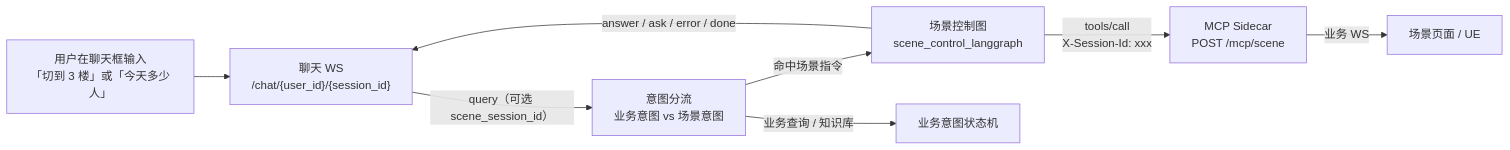
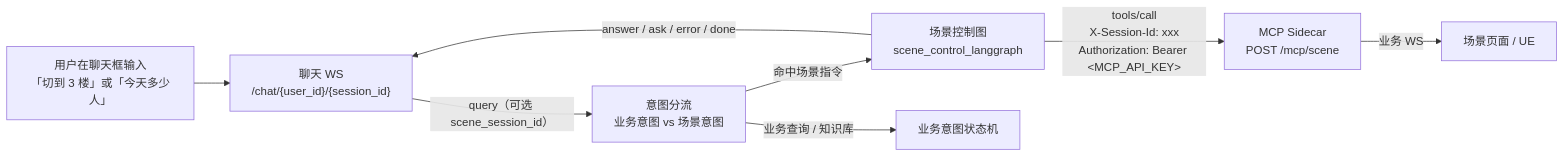
One commit to qingyanjiu/agentic-app changed the diagram in docs/UE场景控制接入说明.md. Above: the diagram before and after it, drawn with Mermaid. The commit also changed other lines of this file and 15 other files, not shown here.

````diff
--- a/docs/UE场景控制接入说明.md
+++ b/docs/UE场景控制接入说明.md
@@ -14,10 +14,10 @@
 ```mermaid
 flowchart LR
     U["用户在聊天框输入<br/>「切到 3 楼」或「今天多少人」"] --> C["聊天 WS<br/>/chat/{user_id}/{session_id}"]
     C -->|"query（可选 scene_session_id）"| R["意图分流<br/>业务意图 vs 场景意图"]
     R -->|"命中场景指令"| G["场景控制图<br/>scene_control_langgraph"]
     R -->|"业务查询 / 知识库"| B["业务意图状态机"]
-    G -->|"tools/call<br/>X-Session-Id: xxx"| M["MCP Sidecar<br/>POST /mcp/scene"]
+    G -->|"tools/call<br/>X-Session-Id: xxx<br/>Authorization: Bearer &lt;MCP_API_KEY&gt;"| M["MCP Sidecar<br/>POST /mcp/scene"]
     M -->|"业务 WS"| P["场景页面 / UE"]
     G -->|"answer / ask / error / done"| C
 ```
````
